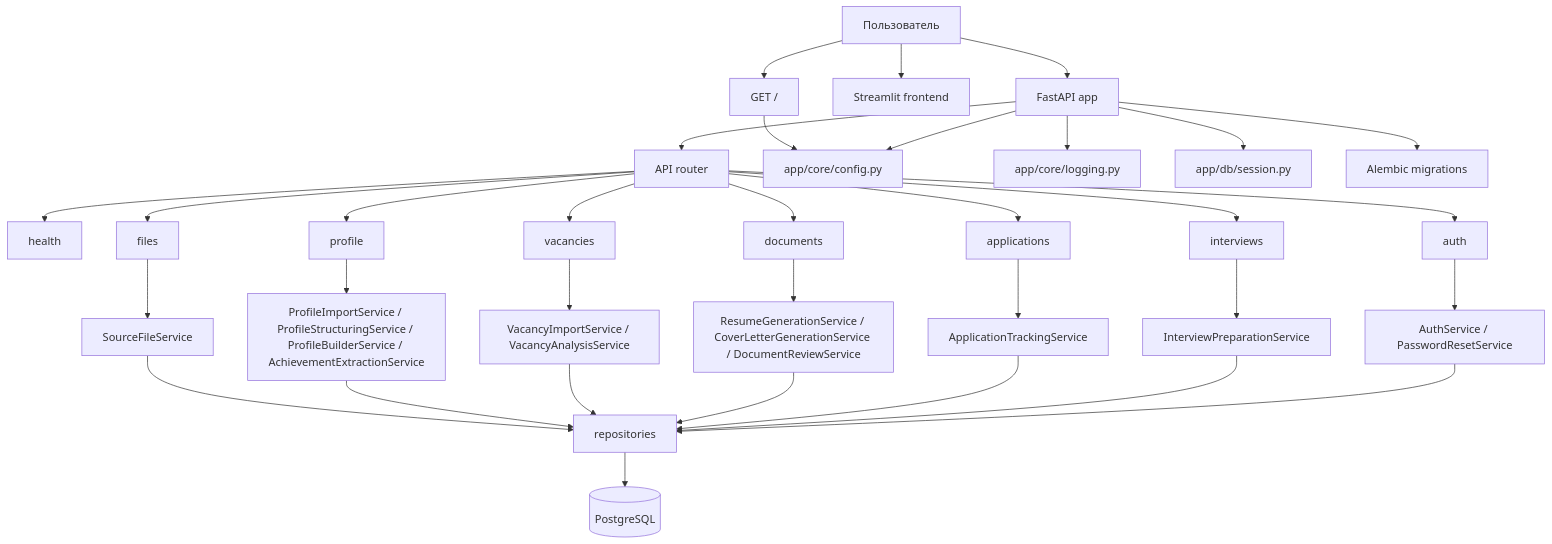
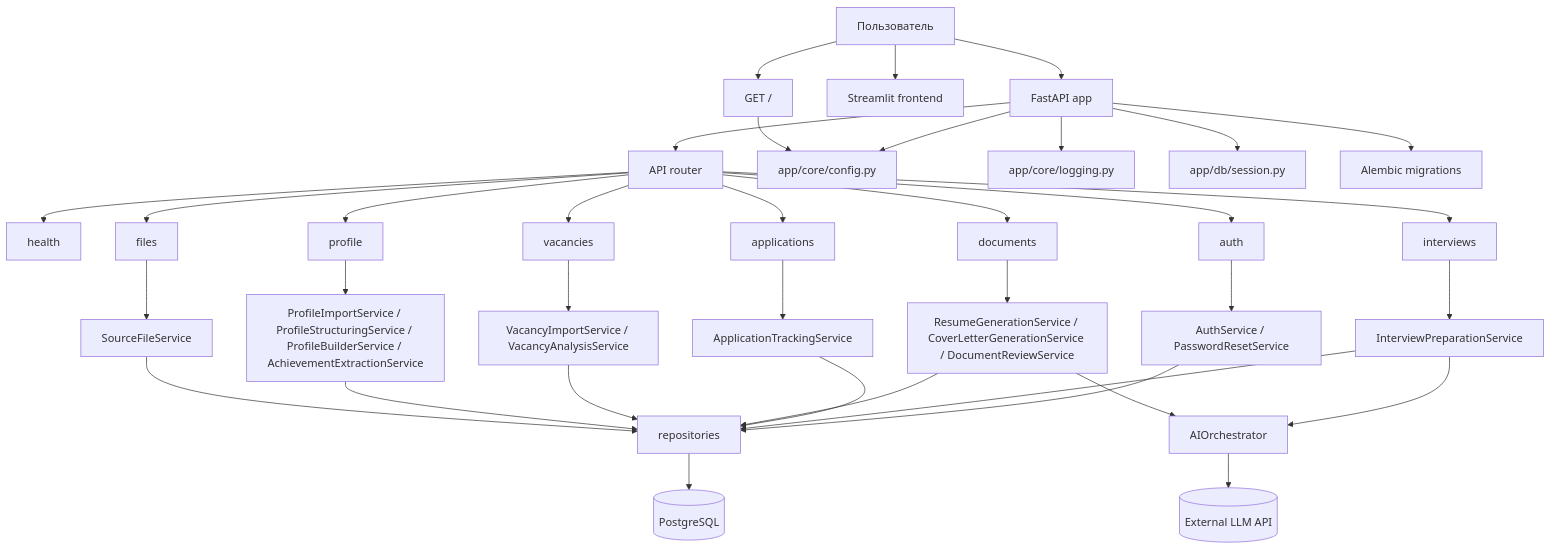
One commit to Alexsey111/career-copilot changed the diagram in docs/project-structure.md. Above: the diagram before and after it, drawn with Mermaid. The commit also changed other lines of this file and 22 other files, not shown here.

First line of the commit message:
refactor: move AI layer from app/api/ai to app/ai + add interview coaching flow

````diff
--- a/docs/project-structure.md
+++ b/docs/project-structure.md
@@ -7,38 +7,42 @@
 ```mermaid
 flowchart TD
     U[Пользователь] --> API[FastAPI app]
     U --> FE[Streamlit frontend]
     U --> ROOT[GET /]
     API --> RT[API router]
     RT --> R1[health]
     RT --> R8[auth]
     RT --> R2[files]
     RT --> R3[profile]
     RT --> R4[vacancies]
     RT --> R5[documents]
     RT --> R6[applications]
     RT --> R7[interviews]
 
     R2 --> S1[SourceFileService]
     R3 --> S2[ProfileImportService / ProfileStructuringService / ProfileBuilderService / AchievementExtractionService]
     R4 --> S3[VacancyImportService / VacancyAnalysisService]
     R5 --> S4[ResumeGenerationService / CoverLetterGenerationService / DocumentReviewService]
     R6 --> S5[ApplicationTrackingService]
     R7 --> S6[InterviewPreparationService]
     R8 --> S7[AuthService / PasswordResetService]
 
     S1 --> REP[repositories]
     S2 --> REP
     S3 --> REP
     S4 --> REP
     S5 --> REP
     S6 --> REP
     S7 --> REP
     REP --> DB[(PostgreSQL)]
 
+    S4 --> AI[AIOrchestrator]
+    S6 --> AI
+    AI --> EXT[(External LLM API)]
+
     ROOT --> CFG[app/core/config.py]
     API --> CFG[app/core/config.py]
     API --> LOG[app/core/logging.py]
     API --> DBS[app/db/session.py]
     API --> ALEMBIC[Alembic migrations]
 ```
````
